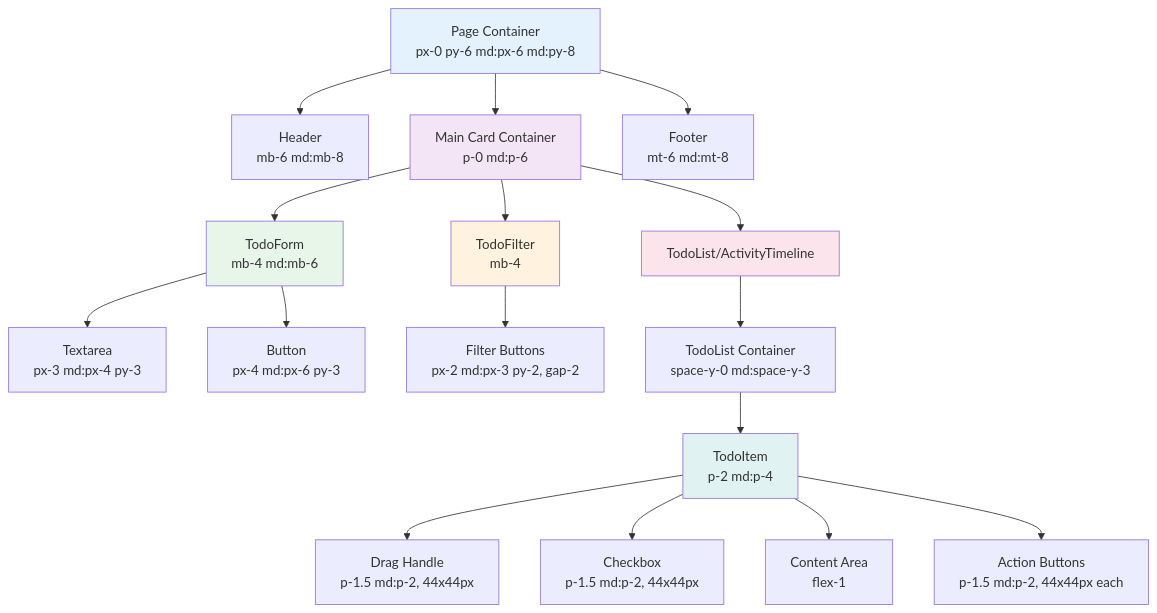
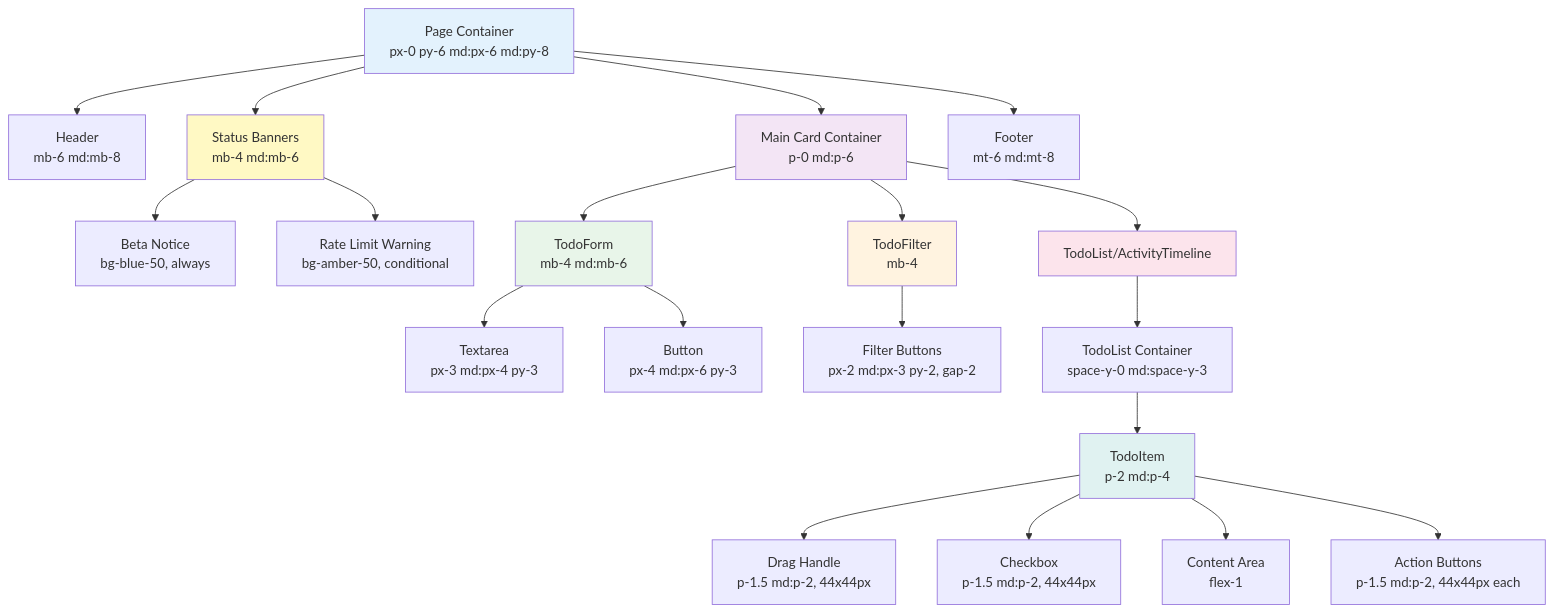
One commit to mikiwiik/instructions-only-claude-coding changed the diagram in docs/ux/layout-and-spacing-reference.md. Above: the diagram before and after it, drawn with Mermaid.

Commit message:
docs(ux): add status banners to component hierarchy diagram (#415)
🤖 Generated with [Claude Code](https://claude.com/claude-code)

````diff
--- a/docs/ux/layout-and-spacing-reference.md
+++ b/docs/ux/layout-and-spacing-reference.md
@@ -39,30 +39,35 @@
 ```mermaid
 graph TB
     A[Page Container<br/>px-0 py-6 md:px-6 md:py-8] --> B[Header<br/>mb-6 md:mb-8]
+    A --> S[Status Banners<br/>mb-4 md:mb-6]
     A --> C[Main Card Container<br/>p-0 md:p-6]
     A --> D[Footer<br/>mt-6 md:mt-8]
+
+    S --> S1[Beta Notice<br/>bg-blue-50, always]
+    S --> S2[Rate Limit Warning<br/>bg-amber-50, conditional]
 
     C --> E[TodoForm<br/>mb-4 md:mb-6]
     C --> F[TodoFilter<br/>mb-4]
     C --> G[TodoList/ActivityTimeline]
 
     E --> E1[Textarea<br/>px-3 md:px-4 py-3]
     E --> E2[Button<br/>px-4 md:px-6 py-3]
 
     F --> F1[Filter Buttons<br/>px-2 md:px-3 py-2, gap-2]
 
     G --> H[TodoList Container<br/>space-y-0 md:space-y-3]
     H --> I[TodoItem<br/>p-2 md:p-4]
 
     I --> I1[Drag Handle<br/>p-1.5 md:p-2, 44x44px]
     I --> I2[Checkbox<br/>p-1.5 md:p-2, 44x44px]
     I --> I3[Content Area<br/>flex-1]
     I --> I4[Action Buttons<br/>p-1.5 md:p-2, 44x44px each]
 
     style A fill:#e3f2fd
+    style S fill:#fff9c4
     style C fill:#f3e5f5
     style E fill:#e8f5e9
     style F fill:#fff3e0
     style G fill:#fce4ec
     style I fill:#e0f2f1
 ```
````
